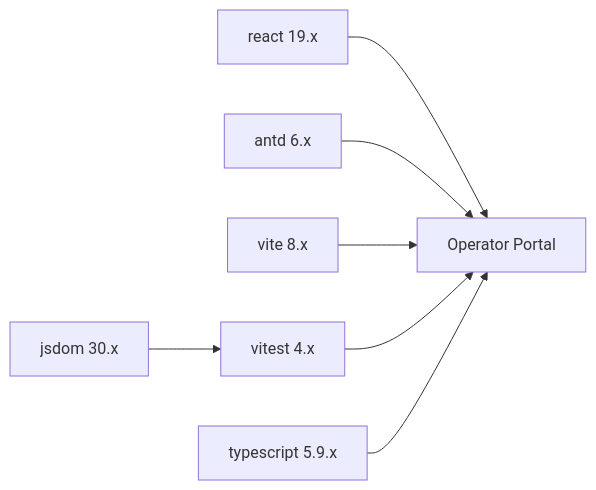
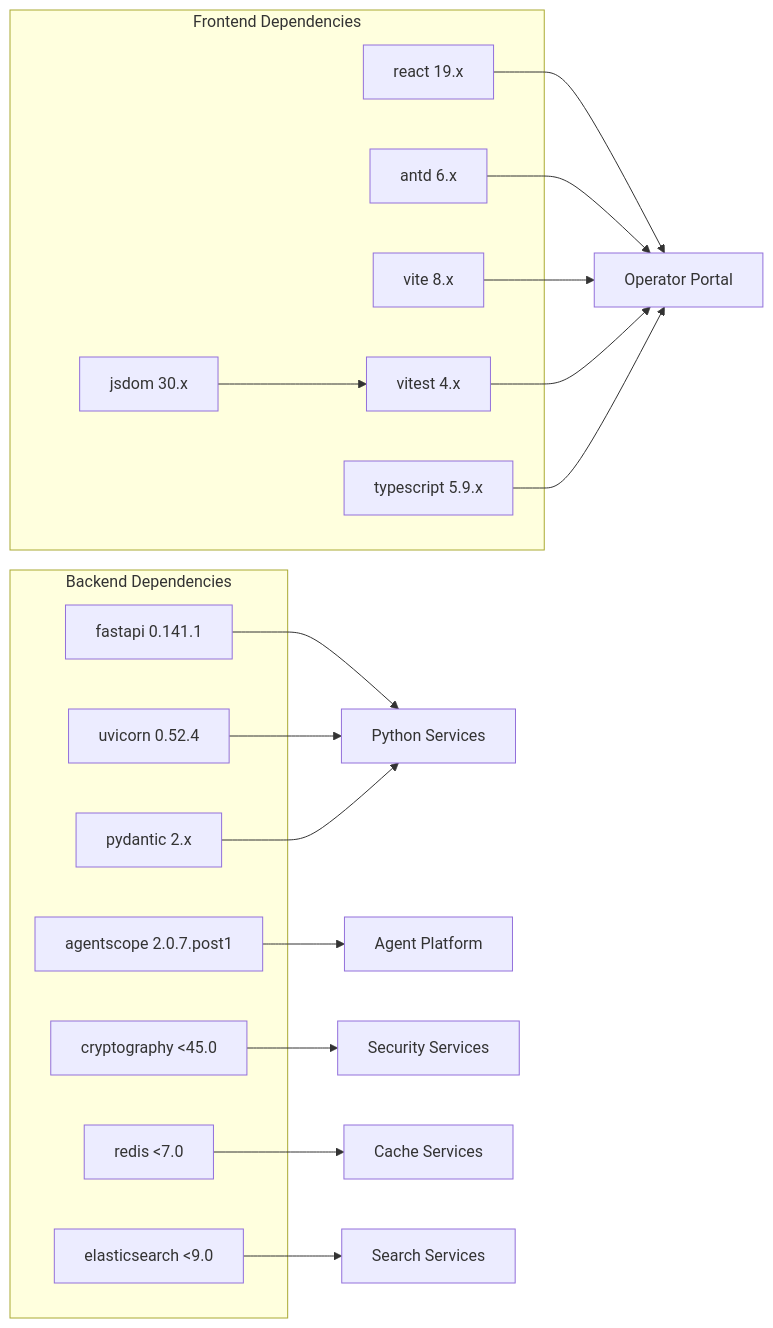
The sixth of 6 diagrams in .qoder/repowiki/en/content/Architecture Documentation/SPEC-042_ Portal Dependency Hygiene Specification.md (metasync/luban-aiops), drawn with Mermaid before and after one commit. The commit also changed other lines of this file and 13 other files, not shown here.

````diff
--- a/.qoder/repowiki/en/content/Architecture Documentation/SPEC-042_ Portal Dependency Hygiene Specification.md
+++ b/.qoder/repowiki/en/content/Architecture Documentation/SPEC-042_ Portal Dependency Hygiene Specification.md
@@ -252,9 +322,33 @@
 ```mermaid
 graph LR
-React["react 19.x"] --> Portal["Operator Portal"]
-Antd["antd 6.x"] --> Portal
-Vite["vite 8.x"] --> Portal
-Vitest["vitest 4.x"] --> Portal
-JSDOM["jsdom 30.x"] --> Vitest
-TS["typescript 5.9.x"] --> Portal
+subgraph "Frontend Dependencies"
+React["react 19.x"]
+Antd["antd 6.x"]
+Vite["vite 8.x"]
+Vitest["vitest 4.x"]
+JSDOM["jsdom 30.x"]
+TS["typescript 5.9.x"]
+end
+subgraph "Backend Dependencies"
+FastAPI["fastapi 0.141.1"]
+Uvicorn["uvicorn 0.52.4"]
+AgentScope["agentscope 2.0.7.post1"]
+Pydantic["pydantic 2.x"]
+Crypto["cryptography <45.0"]
+Redis["redis <7.0"]
+ES["elasticsearch <9.0"]
+end
+React --> Portal["Operator Portal"]
+Antd --> Portal
+Vite --> Portal
+Vitest --> Portal
+JSDOM --> Vitest
+TS --> Portal
+FastAPI --> Services["Python Services"]
+Uvicorn --> Services
+AgentScope --> AgentPlatform["Agent Platform"]
+Pydantic --> Services
+Crypto --> Security["Security Services"]
+Redis --> Cache["Cache Services"]
+ES --> Search["Search Services"]
 ```
````
